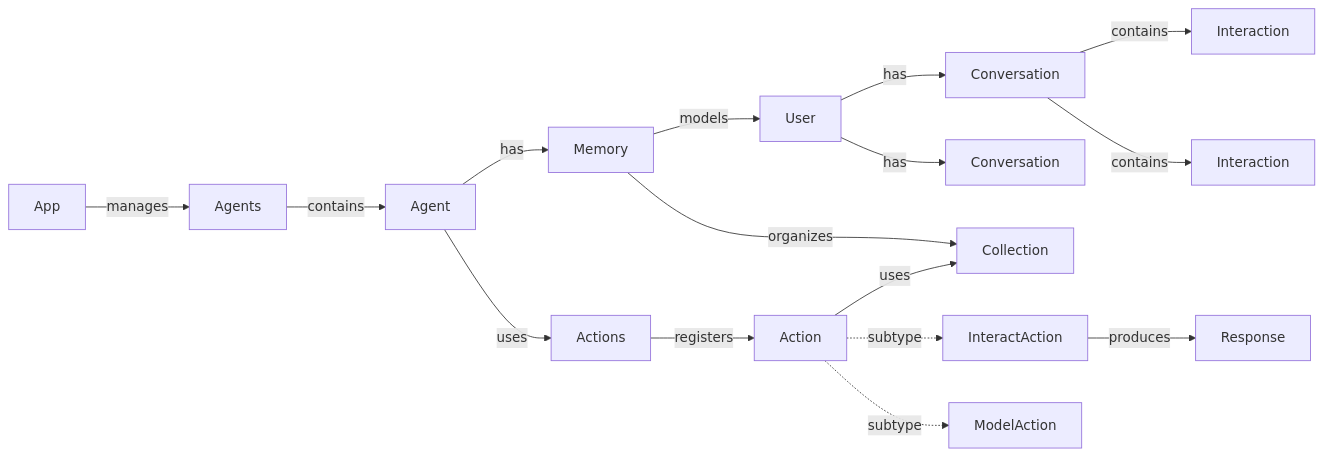
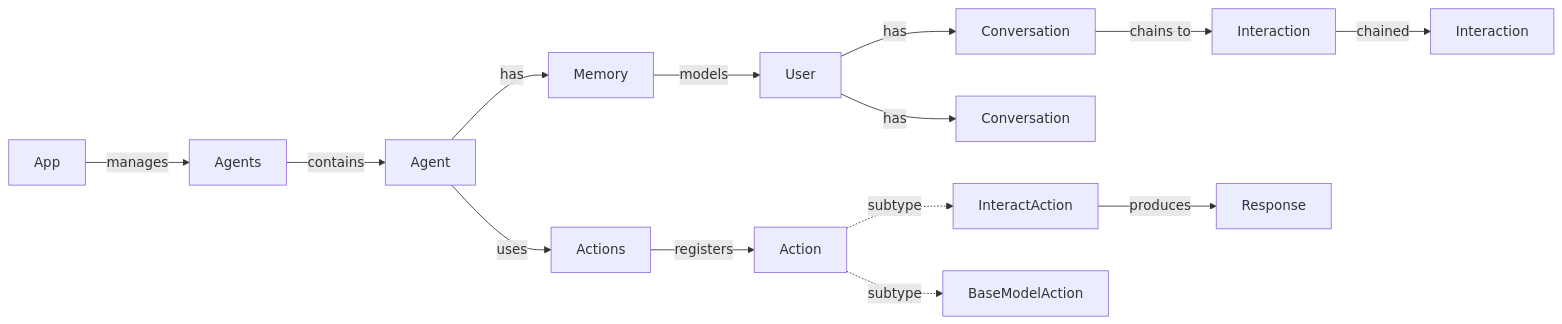
The second of 2 diagrams in README.md (TrueSelph/jvagent), drawn with Mermaid before and after one commit. The commit also changed other lines of this file, not shown here.

````diff
--- a/README.md
+++ b/README.md
@@ -522,21 +537,19 @@
 ```mermaid
 graph LR
     App -->|manages| Agents
     Agents -->|contains| Agent
     Agent -->|has| Memory
     Agent -->|uses| Actions
 
     Memory -->|models| User
-    Memory -->|organizes| Collection
     User -->|has| Conversation1[Conversation]
     User -->|has| Conversation2[Conversation]
-    Conversation1 -->|contains| Interaction1[Interaction]
-    Conversation1 -->|contains| Interaction2[Interaction]
+    Conversation1 -->|chains to| Interaction1[Interaction]
+    Interaction1 -->|chained| Interaction2[Interaction]
 
     Actions -->|registers| Action
-    Action -->|uses| Collection
 
     Action -.subtype.-> InteractAction
-    Action -.subtype.-> ModelAction
+    Action -.subtype.-> BaseModelAction
     InteractAction -->|produces| Response
 ```
````
